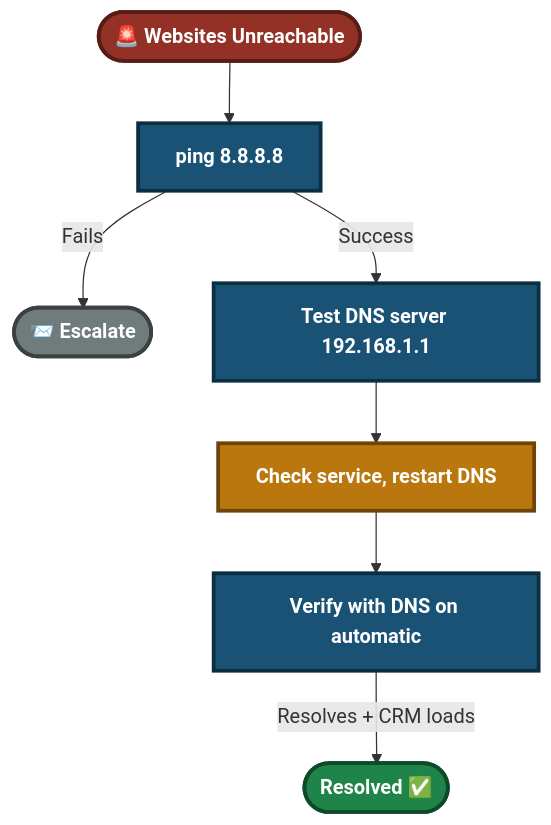
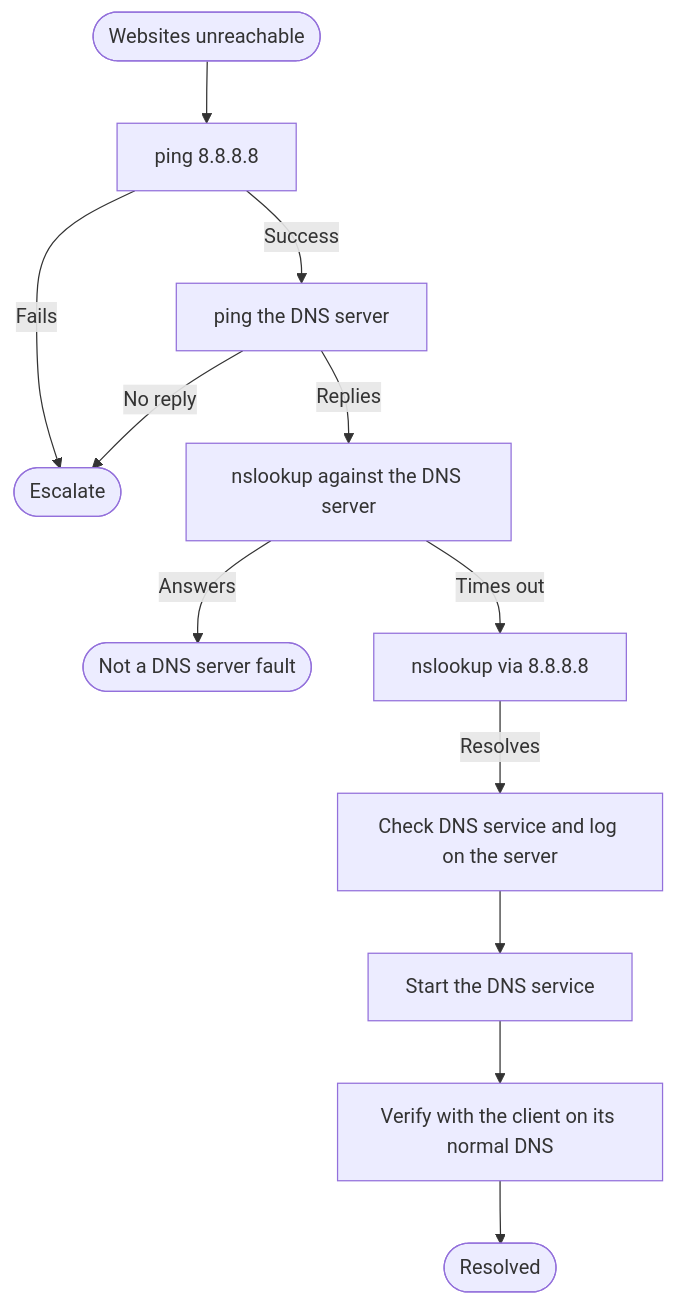
The fifth of 5 diagrams in 02-Ticket-simulations/02.1-DNS-Ticket.md (malaika-azhar/Customer-Tech-Support-Portfolio), drawn with Mermaid before and after one commit. The commit also changed other lines of this file, not shown here.

````diff
--- a/02-Ticket-simulations/02.1-DNS-Ticket.md
+++ b/02-Ticket-simulations/02.1-DNS-Ticket.md
@@ -416,15 +417,14 @@
 ```mermaid
 flowchart TD
-    Start(["🚨 Websites Unreachable"]):::start --> A["ping 8.8.8.8"]:::step
-    A -->|Fails| N(["📨 Escalate"]):::esc
-    A -->|Success| C["Test DNS server 192.168.1.1"]:::step
-    C --> D["Check service, restart DNS"]:::fix
-    D --> F["Verify with DNS on automatic"]:::step
-    F -->|Resolves + CRM loads| End1(["Resolved ✅"]):::ok
-
-    classDef start fill:#943126,stroke:#571C16,stroke-width:3px,color:#FFFFFF,font-weight:bold
-    classDef step fill:#1A5276,stroke:#0B2E43,stroke-width:3px,color:#FFFFFF,font-weight:bold
-    classDef fix fill:#B9770E,stroke:#6E4409,stroke-width:3px,color:#FFFFFF,font-weight:bold
-    classDef ok fill:#1E8449,stroke:#0E4A28,stroke-width:3px,color:#FFFFFF,font-weight:bold
-    classDef esc fill:#707B7C,stroke:#3B4142,stroke-width:3px,color:#FFFFFF,font-weight:bold
+    Start(["Websites unreachable"]) --> A["ping 8.8.8.8"]
+    A -->|Fails| N(["Escalate"])
+    A -->|Success| C["ping the DNS server"]
+    C -->|No reply| N
+    C -->|Replies| D["nslookup against the DNS server"]
+    D -->|Answers| X(["Not a DNS server fault"])
+    D -->|Times out| E["nslookup via 8.8.8.8"]
+    E -->|Resolves| F["Check DNS service and log on the server"]
+    F --> G["Start the DNS service"]
+    G --> H["Verify with the client on its normal DNS"]
+    H --> End1(["Resolved"])
 ```
````
